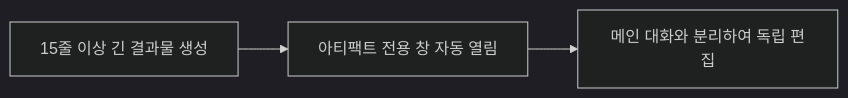
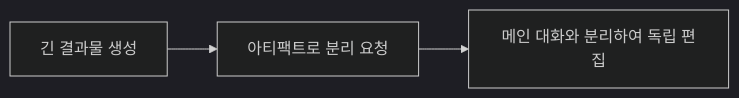
The second of 2 diagrams in _posts/2026-08-26-complete-claude-usage-guide-pricing-free-projects-and-pdf-workflows.md (jjxxmiin/jjxxmiin.github.io), drawn with Mermaid (dark theme) before and after one commit. The commit also changed other lines of this file and 667 other files, not shown here.

````diff
--- a/_posts/2026-08-26-complete-claude-usage-guide-pricing-free-projects-and-pdf-workflows.md
+++ b/_posts/2026-08-26-complete-claude-usage-guide-pricing-free-projects-and-pdf-workflows.md
@@ -101,4 +126,4 @@
 ```mermaid
 flowchart LR
-    A[15줄 이상 긴 결과물 생성] --> B[아티팩트 전용 창 자동 열림] --> C[메인 대화와 분리하여 독립 편집]
+    A[긴 결과물 생성] --> B[아티팩트로 분리 요청] --> C[메인 대화와 분리하여 독립 편집]
 ```
````
